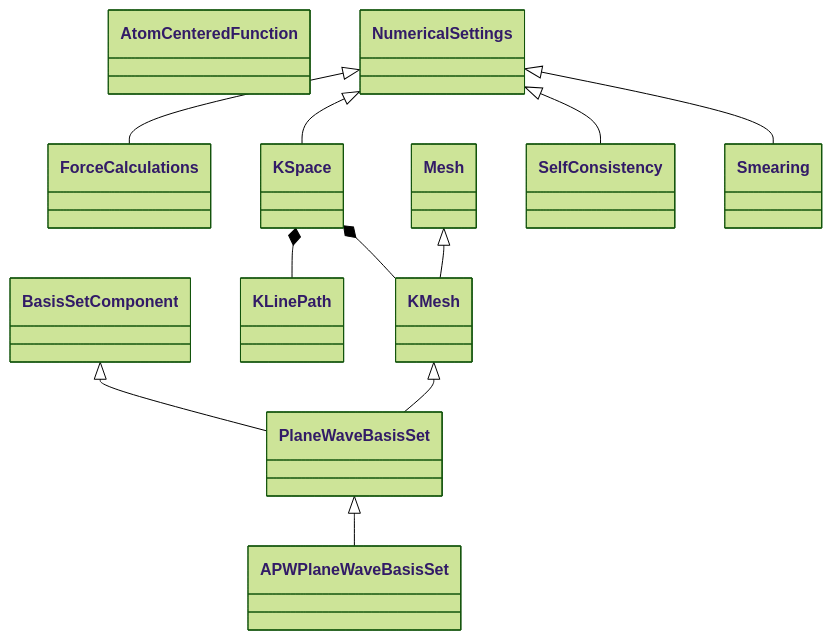
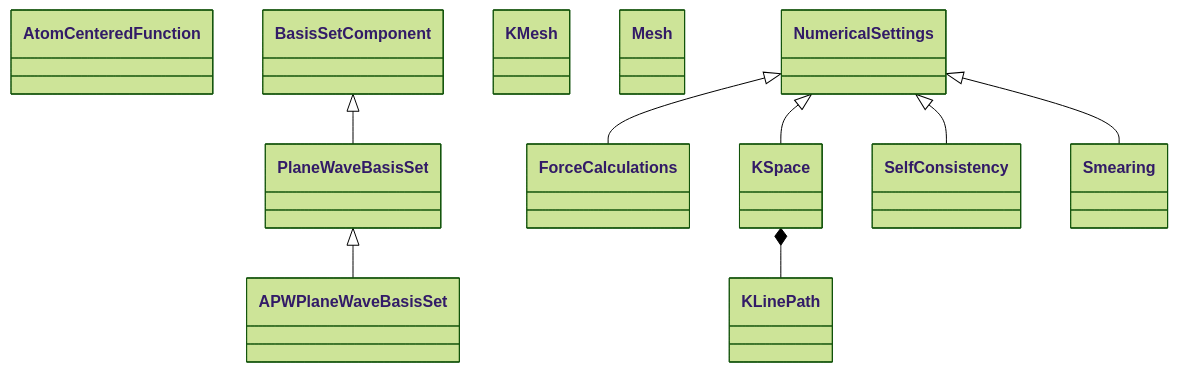
One commit to FAIRmat-NFDI/nomad-simulations changed the diagram in docs/schema/numerical_settings.diagram.md. Above: the diagram before and after it, drawn with Mermaid (forest theme). The commit also changed 9 other files, not shown here.

````diff
--- a/docs/schema/numerical_settings.diagram.md
+++ b/docs/schema/numerical_settings.diagram.md
@@ -14,37 +14,34 @@
 ```mermaid
 classDiagram
     class APWPlaneWaveBasisSet {
     }
     class AtomCenteredFunction {
     }
     class BasisSetComponent {
     }
     class ForceCalculations {
     }
     class KLinePath {
     }
     class KMesh {
     }
     class KSpace {
     }
     class Mesh {
     }
     class NumericalSettings {
     }
     class PlaneWaveBasisSet {
     }
     class SelfConsistency {
     }
     class Smearing {
     }
     PlaneWaveBasisSet <|-- APWPlaneWaveBasisSet
     NumericalSettings <|-- ForceCalculations
-    Mesh <|-- KMesh
     NumericalSettings <|-- KSpace
     BasisSetComponent <|-- PlaneWaveBasisSet
-    KMesh <|-- PlaneWaveBasisSet
     NumericalSettings <|-- SelfConsistency
     NumericalSettings <|-- Smearing
     KSpace *-- KLinePath
-    KSpace *-- KMesh
 ```
````
